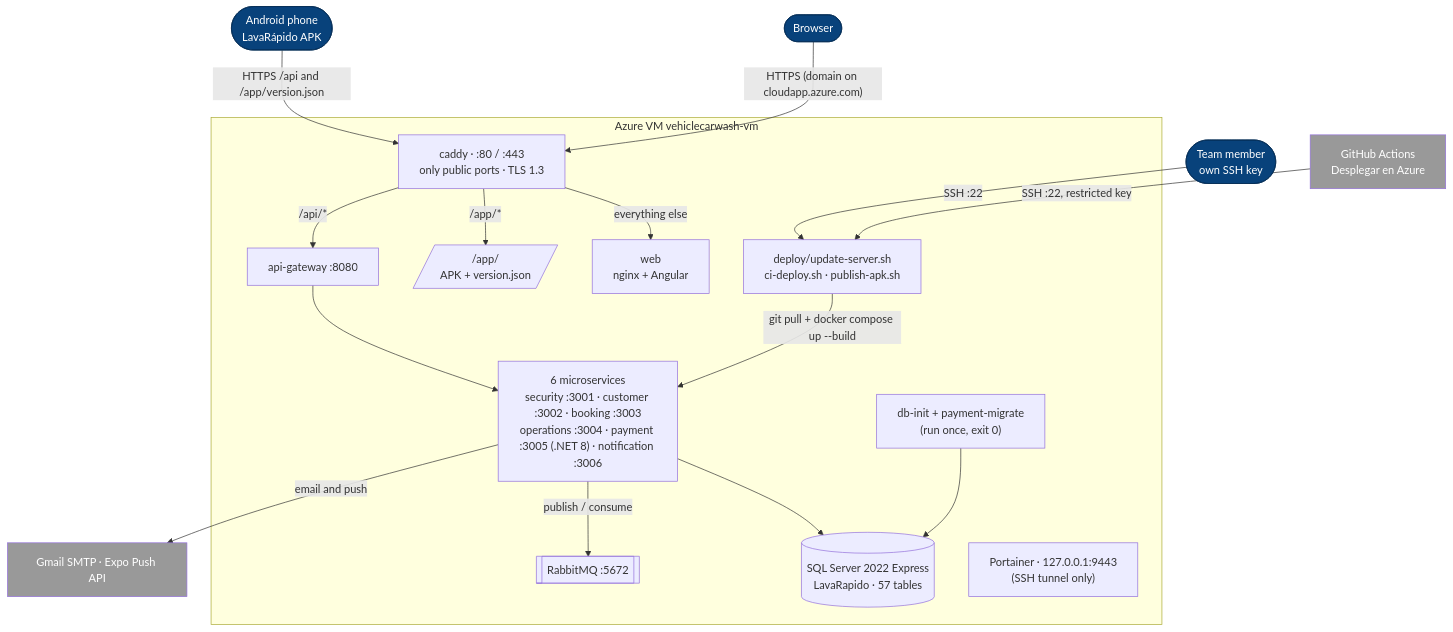
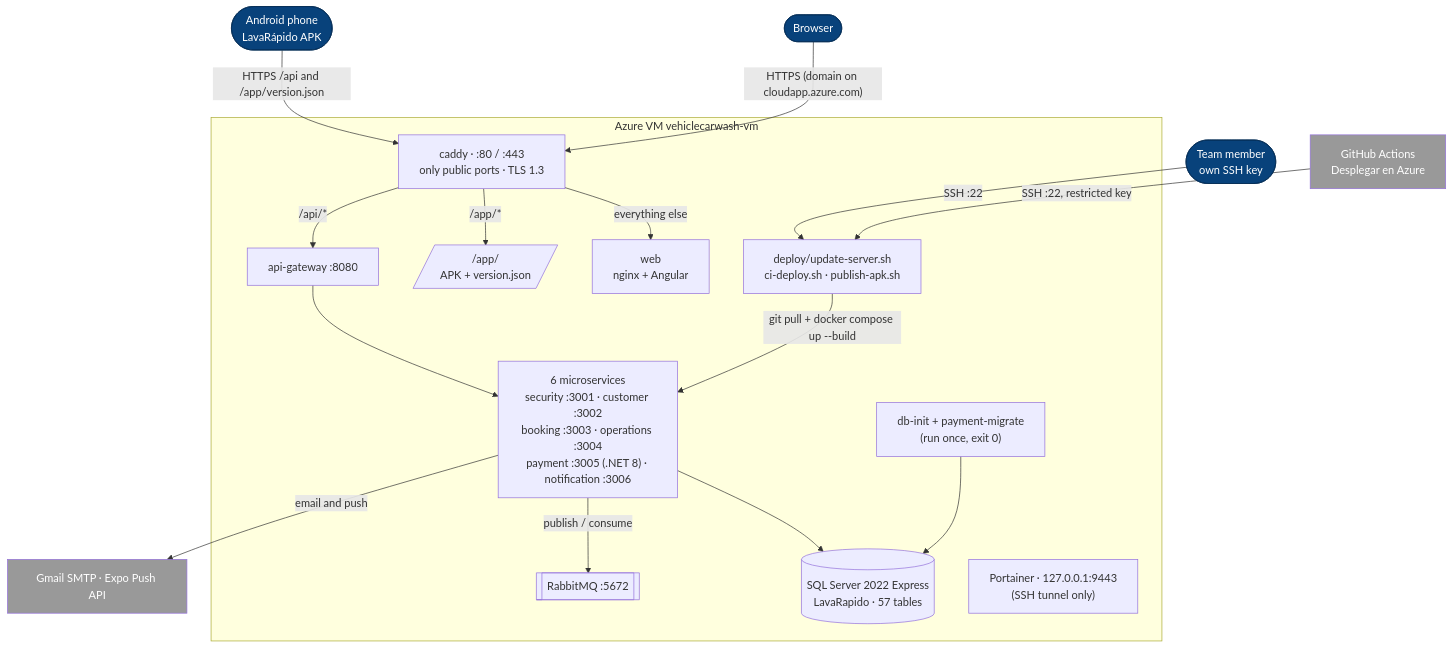
One commit to code-sena/vehicle-w-docs changed the diagram in 08-uml/diagrams/source/deployment-production.md. Above: the diagram before and after it, drawn with Mermaid. The commit also changed 6 other files, not shown here.

Commit message:
docs(uml): remove the last crossings and split long sequence messages

````diff
--- a/08-uml/diagrams/source/deployment-production.md
+++ b/08-uml/diagrams/source/deployment-production.md
@@ -8,39 +8,39 @@
 ```mermaid
 flowchart TB
     browser([Browser]):::person
     phone([Android phone<br/>LavaRápido APK]):::person
     team([Team member<br/>own SSH key]):::person
     gha[GitHub Actions<br/>Desplegar en Azure]:::ext
 
     subgraph azure["Azure VM vehiclecarwash-vm"]
         caddy["caddy · :80 / :443<br/>only public ports · TLS 1.3"]
         web["web<br/>nginx + Angular"]
         dl[/"/app/<br/>APK + version.json"/]
         gw["api-gateway :8080"]
-        apps["6 microservices<br/>security :3001 · customer :3002 · booking :3003<br/>operations :3004 · payment :3005 (.NET 8) · notification :3006"]
+        apps["6 microservices<br/>security :3001 · customer :3002<br/>booking :3003 · operations :3004<br/>payment :3005 (.NET 8) · notification :3006"]
         db[("SQL Server 2022 Express<br/>LavaRapido · 57 tables")]
         mq[["RabbitMQ :5672"]]
         init["db-init + payment-migrate<br/>(run once, exit 0)"]
         scripts["deploy/update-server.sh<br/>ci-deploy.sh · publish-apk.sh"]
         portainer["Portainer · 127.0.0.1:9443<br/>(SSH tunnel only)"]
     end
 
     ext[Gmail SMTP · Expo Push API]:::ext
 
     browser -- "HTTPS (domain on cloudapp.azure.com)" --> caddy
     phone -- "HTTPS /api and /app/version.json" --> caddy
     caddy -- "everything else" --> web
     caddy -- "/app/*" --> dl
     caddy -- "/api/*" --> gw
     gw --> apps
     apps --> db
     apps -- "publish / consume" --> mq
     init --> db
     apps -- "email and push" --> ext
     team -- "SSH :22" --> scripts
     gha -- "SSH :22, restricted key" --> scripts
     scripts -- "git pull + docker compose up --build" --> apps
 
     classDef person fill:#08427b,color:#fff,stroke:#052e56
     classDef ext fill:#999,color:#fff
 ```
````
